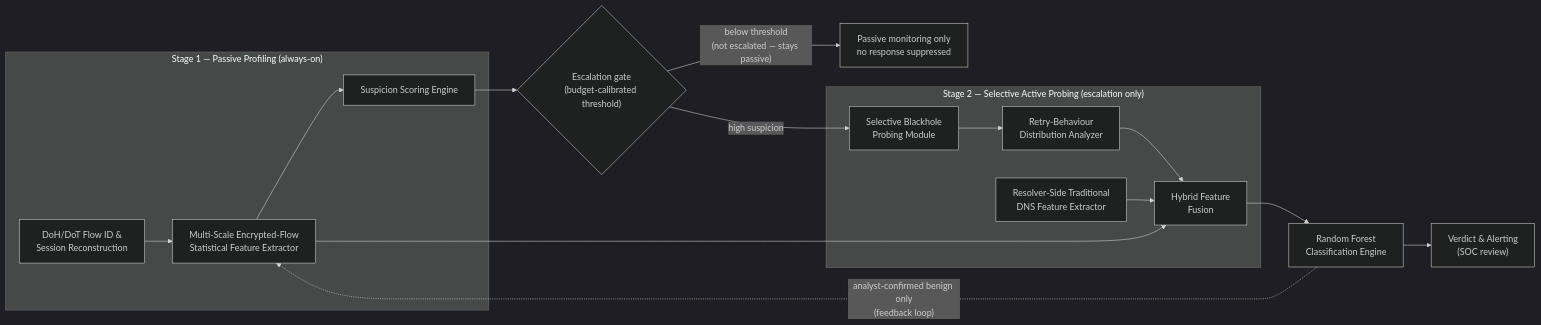
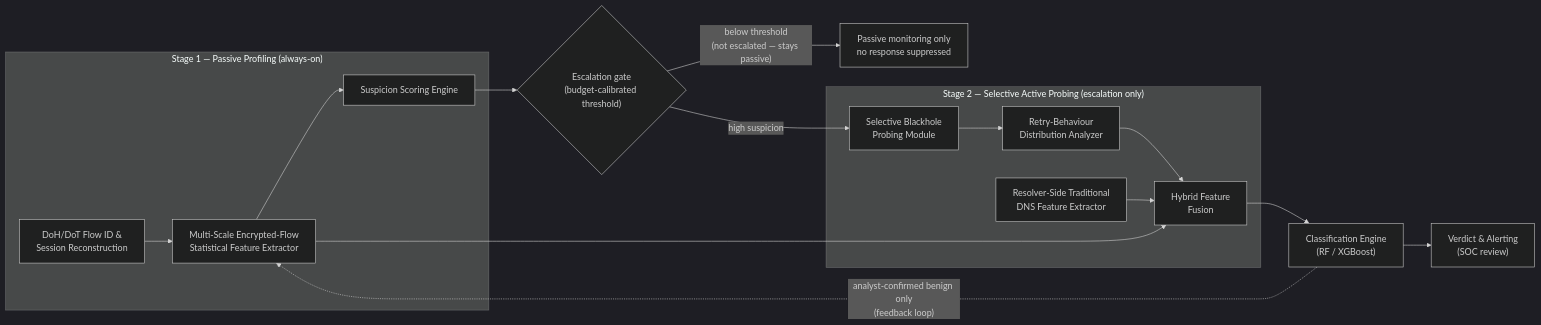
One commit to gracymehndiratta/computer-networks-project changed the diagram in README.md. Above: the diagram before and after it, drawn with Mermaid (dark theme). The commit also changed other lines of this file and 7 other files, not shown here.

````diff
--- a/README.md
+++ b/README.md
@@ -11,20 +11,20 @@
 ```mermaid
 flowchart LR
     subgraph S1["Stage 1 — Passive Profiling (always-on)"]
         A["DoH/DoT Flow ID &amp;<br/>Session Reconstruction"] --> B["Multi-Scale Encrypted-Flow<br/>Statistical Feature Extractor"]
         B --> C["Suspicion Scoring Engine"]
     end
     C --> D{"Escalation gate<br/>(budget-calibrated threshold)"}
     D -- "below threshold<br/>(not escalated — stays passive)" --> P["Passive monitoring only<br/>no response suppressed"]
     D -- "high suspicion" --> E
 
     subgraph S2["Stage 2 — Selective Active Probing (escalation only)"]
         E["Selective Blackhole<br/>Probing Module"] --> F["Retry-Behaviour<br/>Distribution Analyzer"]
         G["Resolver-Side Traditional<br/>DNS Feature Extractor"] --> H["Hybrid Feature<br/>Fusion"]
         F --> H
     end
     B --> H
-    H --> I["Random Forest<br/>Classification Engine"]
+    H --> I["Classification Engine<br/>(RF / XGBoost)"]
     I --> J["Verdict &amp; Alerting<br/>(SOC review)"]
     I -. "analyst-confirmed benign only<br/>(feedback loop)" .-> B
 ```
````
